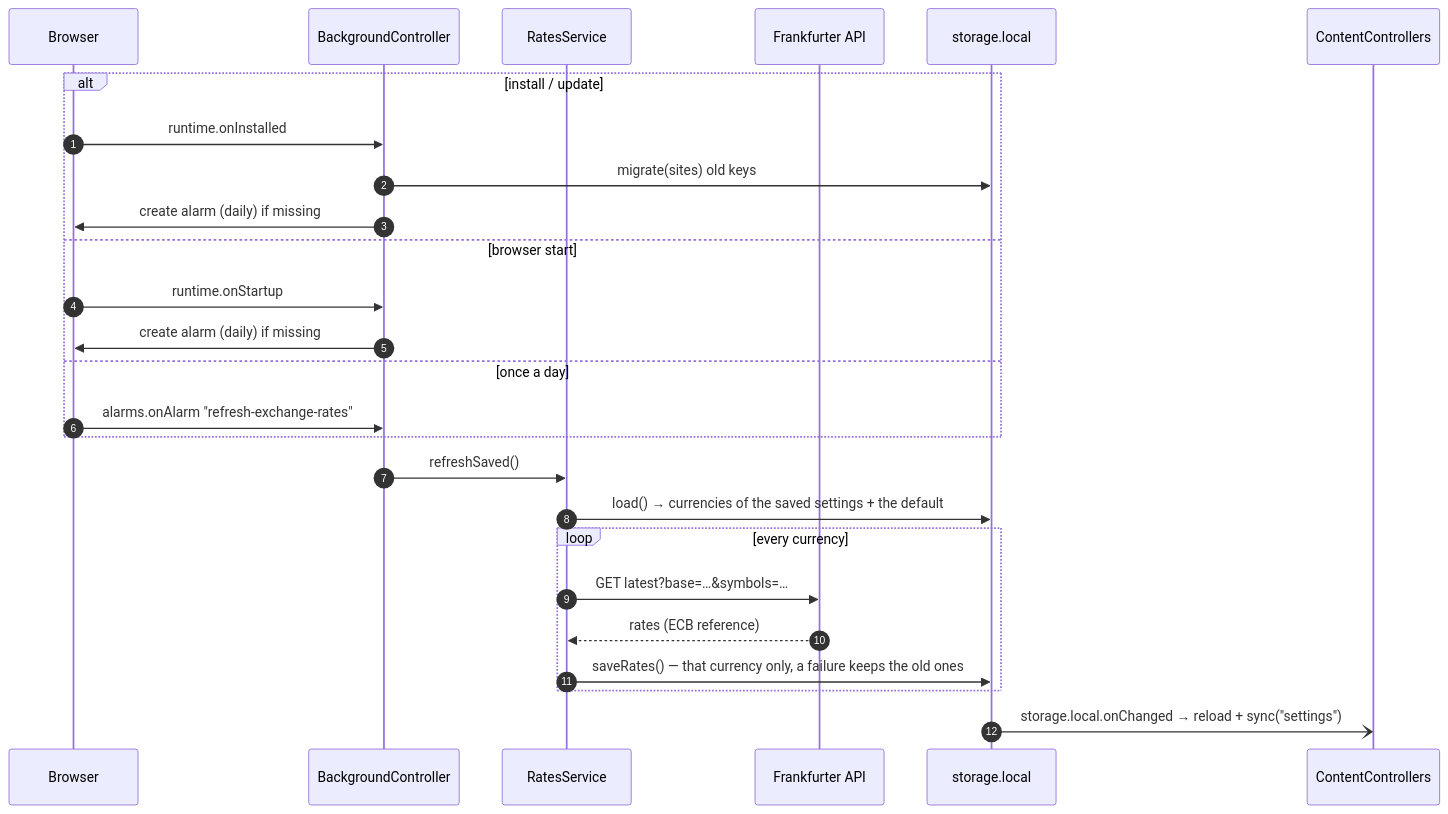
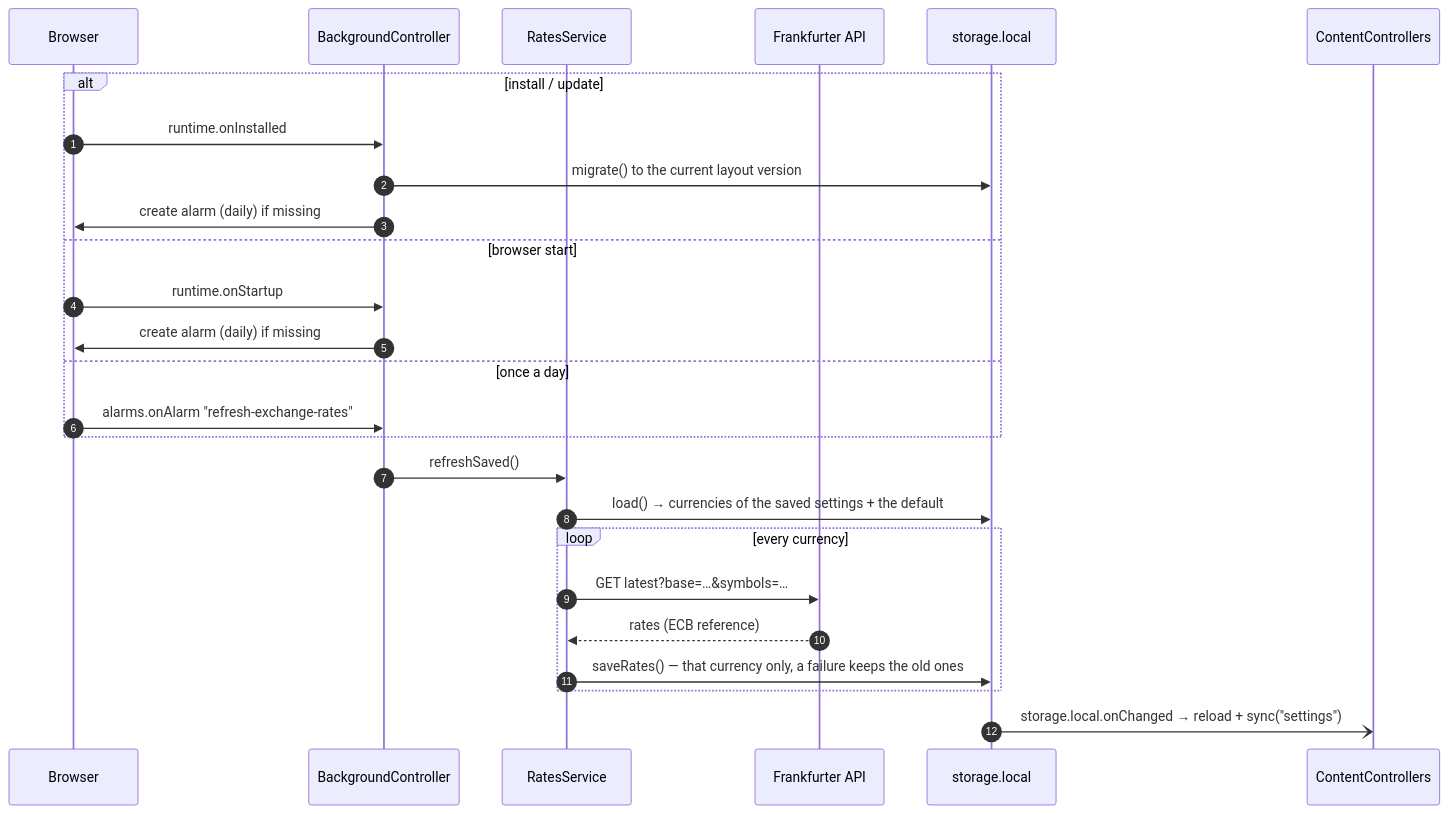
One commit to radyak/minerva-browserplugin changed the seventh of 8 diagrams in docs/architecture.md. Above: the diagram before and after it, drawn with Mermaid. The commit also changed other lines of this file and 43 other files, not shown here.

````diff
--- a/docs/architecture.md
+++ b/docs/architecture.md
@@ -328,29 +327,29 @@
 ```mermaid
 sequenceDiagram
   autonumber
   participant Browser
   participant BC as BackgroundController
   participant RS as RatesService
   participant API as Frankfurter API
   participant Store as storage.local
   participant Tabs as ContentControllers
 
   alt install / update
     Browser->>BC: runtime.onInstalled
-    BC->>Store: migrate(sites) old keys
+    BC->>Store: migrate() to the current layout version
     BC->>Browser: create alarm (daily) if missing
   else browser start
     Browser->>BC: runtime.onStartup
     BC->>Browser: create alarm (daily) if missing
   else once a day
     Browser->>BC: alarms.onAlarm "refresh-exchange-rates"
   end
   BC->>RS: refreshSaved()
   RS->>Store: load() → currencies of the saved settings + the default
   loop every currency
     RS->>API: GET latest?base=…&symbols=…
     API-->>RS: rates (ECB reference)
     RS->>Store: saveRates() — that currency only, a failure keeps the old ones
   end
   Store-)Tabs: storage.local.onChanged → reload + sync("settings")
 ```
````
